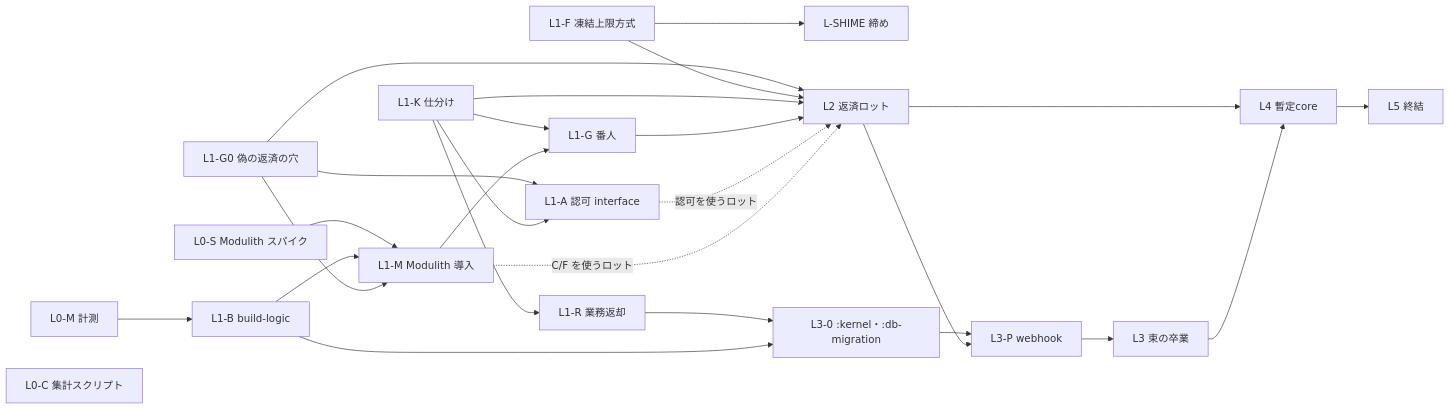
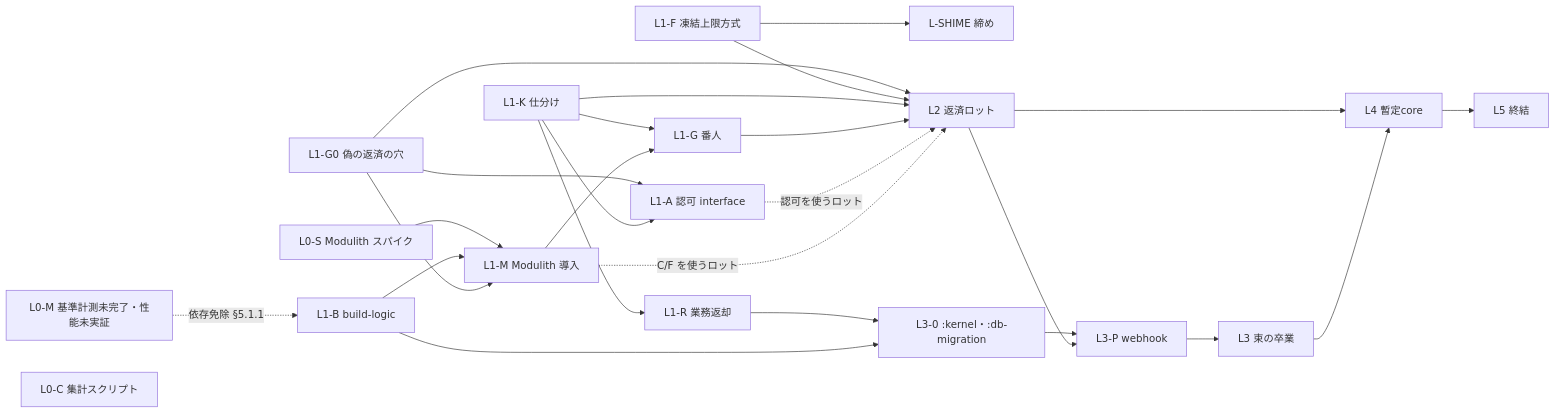
Before and after one commit to kenta-0420/mannschaft: the fourth of 4 diagrams in docs/architecture/modular_monolith_boundary_debt_repayment.md, drawn with Mermaid. The commit also changed other lines of this file and 4 other files, not shown here.

````diff
--- a/docs/architecture/modular_monolith_boundary_debt_repayment.md
+++ b/docs/architecture/modular_monolith_boundary_debt_repayment.md
@@ -632,28 +638,28 @@
 ```mermaid
 flowchart LR
-  L0M[L0-M 計測] --> L1B[L1-B build-logic]
+  L0M[L0-M 基準計測未完了・性能未実証] -.->|依存免除 §5.1.1| L1B[L1-B build-logic]
   L0S[L0-S Modulith スパイク] --> L1M[L1-M Modulith 導入]
   L1B --> L1M
   L0C[L0-C 集計スクリプト]
   L1F[L1-F 凍結上限方式] --> SHIME[L-SHIME 締め]
   L1G0[L1-G0 偽の返済の穴] --> L1A[L1-A 認可 interface]
   L1K[L1-K 仕分け] --> L1A
   L1K --> L1R[L1-R 業務返却]
   L1K --> L1G[L1-G 番人]
   L1M --> L1G
   L1G0 --> L1M
   L1G0 --> L2[L2 返済ロット]
   L1F --> L2
   L1K --> L2
   L1G --> L2
   L1A -. 認可を使うロット .-> L2
   L1M -. C/F を使うロット .-> L2
   L1R --> L30[L3-0 :kernel・:db-migration]
   L1B --> L30
   L30 --> L3P[L3-P webhook]
   L2 --> L3P
   L3P --> L3G[L3 束の卒業]
   L2 --> L4[L4 暫定core]
   L3G --> L4
   L4 --> L5[L5 終結]
 ```
````
